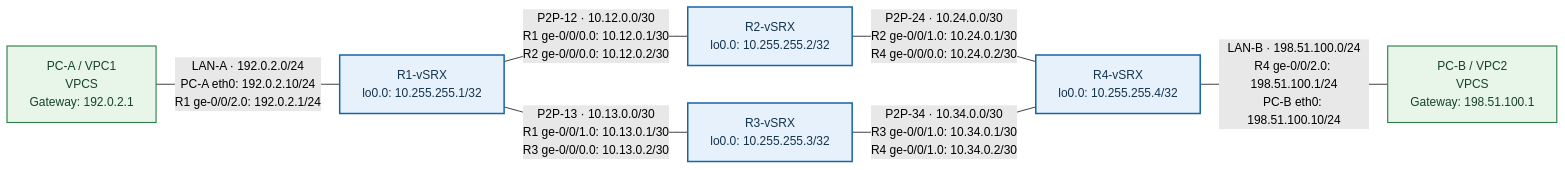
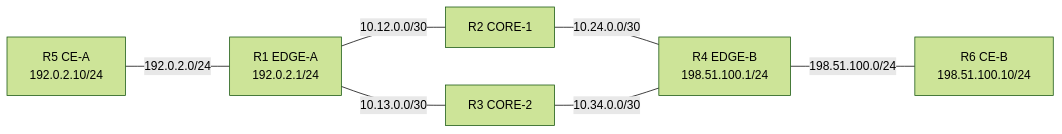
One commit to nelto79/jncip changed the first of 3 diagrams in docs/chapters/JUNOS_Rozdzial_03_Junos_User_Interfaces_CLI.md. Above: the diagram before and after it, drawn with Mermaid (forest theme). The commit also changed other lines of this file, not shown here.

````diff
--- a/docs/chapters/JUNOS_Rozdzial_03_Junos_User_Interfaces_CLI.md
+++ b/docs/chapters/JUNOS_Rozdzial_03_Junos_User_Interfaces_CLI.md
@@ -53,21 +26,9 @@
-```mermaid
+~~~mermaid
 flowchart LR
-  PCA["PC-A / VPC1<br/>VPCS<br/>Gateway: 192.0.2.1"]
-  R1["R1-vSRX<br/>lo0.0: 10.255.255.1/32"]
-  R2["R2-vSRX<br/>lo0.0: 10.255.255.2/32"]
-  R3["R3-vSRX<br/>lo0.0: 10.255.255.3/32"]
-  R4["R4-vSRX<br/>lo0.0: 10.255.255.4/32"]
-  PCB["PC-B / VPC2<br/>VPCS<br/>Gateway: 198.51.100.1"]
-
-  PCA ---|"LAN-A · 192.0.2.0/24<br/>PC-A eth0: 192.0.2.10/24<br/>R1 ge-0/0/2.0: 192.0.2.1/24"| R1
-  R1 ---|"P2P-12 · 10.12.0.0/30<br/>R1 ge-0/0/0.0: 10.12.0.1/30<br/>R2 ge-0/0/0.0: 10.12.0.2/30"| R2
-  R1 ---|"P2P-13 · 10.13.0.0/30<br/>R1 ge-0/0/1.0: 10.13.0.1/30<br/>R3 ge-0/0/0.0: 10.13.0.2/30"| R3
-  R2 ---|"P2P-24 · 10.24.0.0/30<br/>R2 ge-0/0/1.0: 10.24.0.1/30<br/>R4 ge-0/0/0.0: 10.24.0.2/30"| R4
-  R3 ---|"P2P-34 · 10.34.0.0/30<br/>R3 ge-0/0/1.0: 10.34.0.1/30<br/>R4 ge-0/0/1.0: 10.34.0.2/30"| R4
-  R4 ---|"LAN-B · 198.51.100.0/24<br/>R4 ge-0/0/2.0: 198.51.100.1/24<br/>PC-B eth0: 198.51.100.10/24"| PCB
-
-  classDef vsrx fill:#e6f1fc,stroke:#1565a6,stroke-width:2px,color:#13344f;
-  classDef vpcs fill:#e8f5e9,stroke:#2f7d4a,stroke-width:1.5px,color:#17422a;
-  class R1,R2,R3,R4 vsrx;
-  class PCA,PCB vpcs;
-```
+  R5["R5 CE-A<br/>192.0.2.10/24"] ---|"192.0.2.0/24"| R1["R1 EDGE-A<br/>192.0.2.1/24"]
+  R1 ---|"10.12.0.0/30"| R2["R2 CORE-1"]
+  R1 ---|"10.13.0.0/30"| R3["R3 CORE-2"]
+  R2 ---|"10.24.0.0/30"| R4["R4 EDGE-B<br/>198.51.100.1/24"]
+  R3 ---|"10.34.0.0/30"| R4
+  R4 ---|"198.51.100.0/24"| R6["R6 CE-B<br/>198.51.100.10/24"]
+~~~
````
